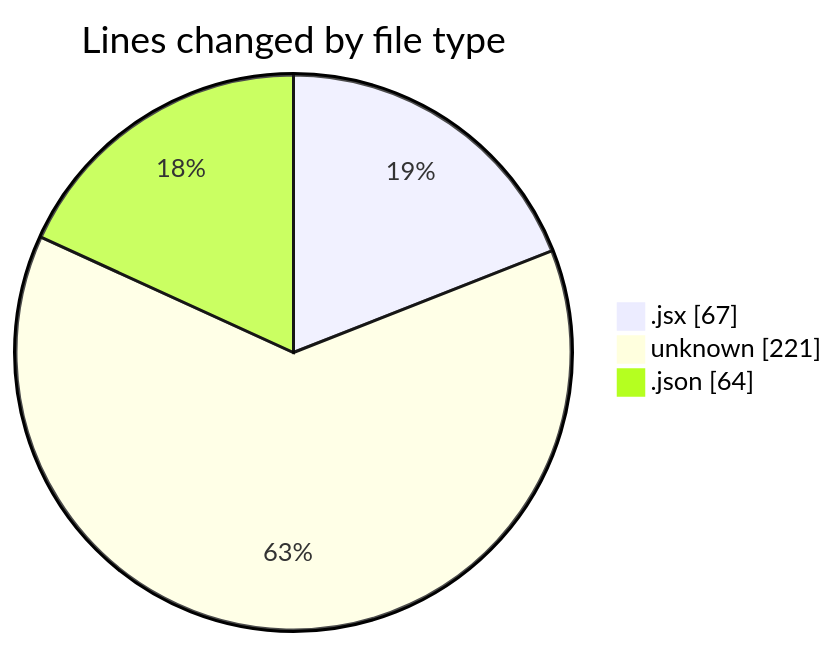
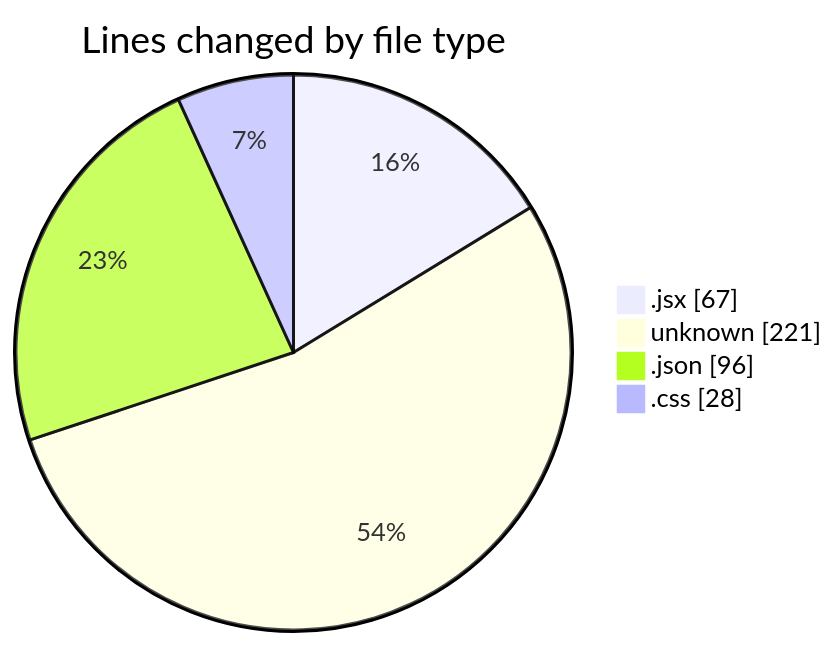
The first of 2 diagrams in 2025-02-05/react_ecom/README.md (Elitesun/code-tracking), drawn with Mermaid before and after one commit. The commit also changed other lines of this file and 1 other file, not shown here.

````diff
--- a/2025-02-05/react_ecom/README.md
+++ b/2025-02-05/react_ecom/README.md
@@ -26,7 +28,8 @@
 ```mermaid
 pie showData
 title Lines changed by file type
 ".jsx" : 67
 "unknown" : 221
-".json" : 64
+".json" : 96
+".css" : 28
 ```
````
